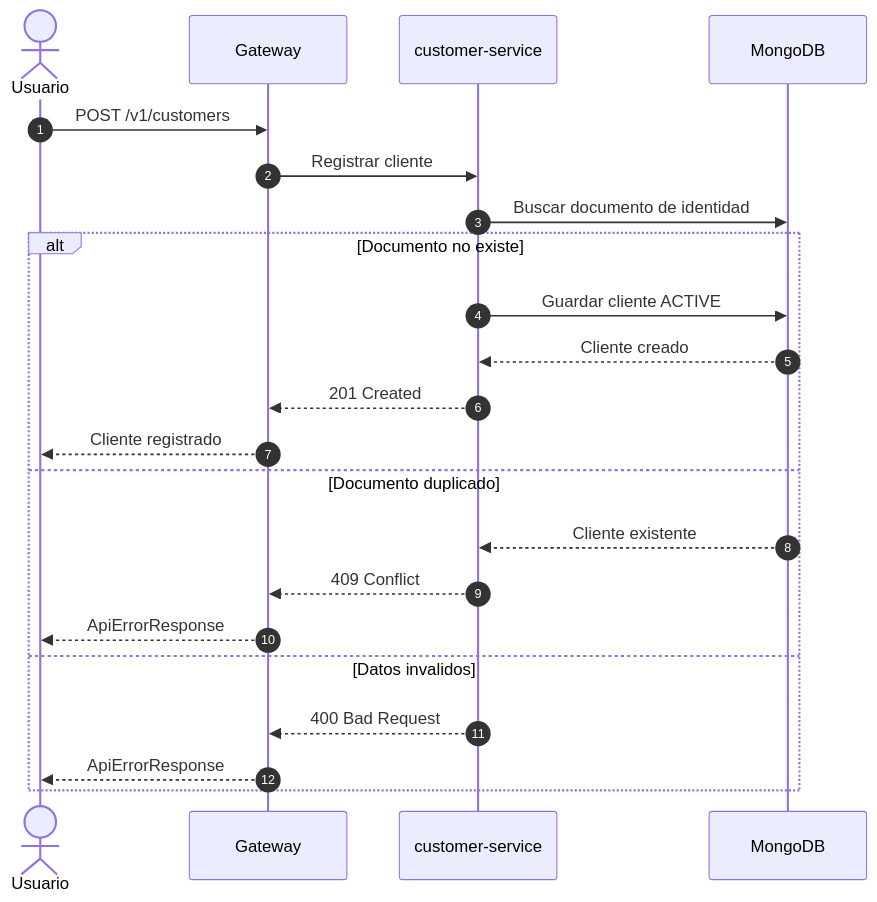
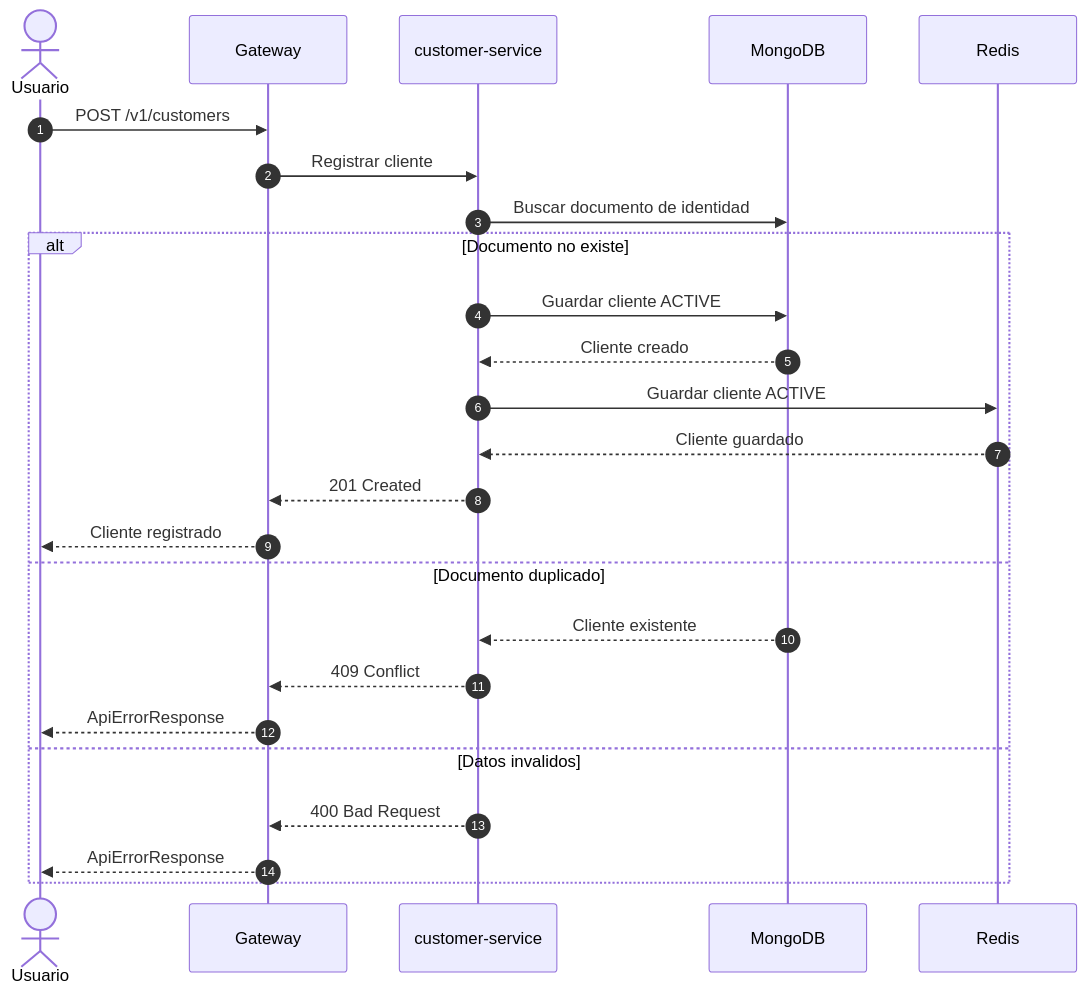
One commit to cmr4b1t/final-project changed the first of 2 diagrams in docs/secuencia-registro-cliente.md. Above: the diagram before and after it, drawn with Mermaid. The commit also changed other lines of this file and 3 other files, not shown here.

````diff
--- a/docs/secuencia-registro-cliente.md
+++ b/docs/secuencia-registro-cliente.md
@@ -5,26 +5,29 @@
 ```mermaid
 sequenceDiagram
     autonumber
     actor Usuario
     participant Gateway
     participant Customer as customer-service
     participant MongoDB
+    participant Redis
 
     Usuario->>Gateway: POST /v1/customers
     Gateway->>Customer: Registrar cliente
     Customer->>MongoDB: Buscar documento de identidad
 
     alt Documento no existe
         Customer->>MongoDB: Guardar cliente ACTIVE
         MongoDB-->>Customer: Cliente creado
+        Customer->>Redis: Guardar cliente ACTIVE
+        Redis-->>Customer: Cliente guardado
         Customer-->>Gateway: 201 Created
         Gateway-->>Usuario: Cliente registrado
     else Documento duplicado
         MongoDB-->>Customer: Cliente existente
         Customer-->>Gateway: 409 Conflict
         Gateway-->>Usuario: ApiErrorResponse
     else Datos invalidos
         Customer-->>Gateway: 400 Bad Request
         Gateway-->>Usuario: ApiErrorResponse
     end
 ```
````
